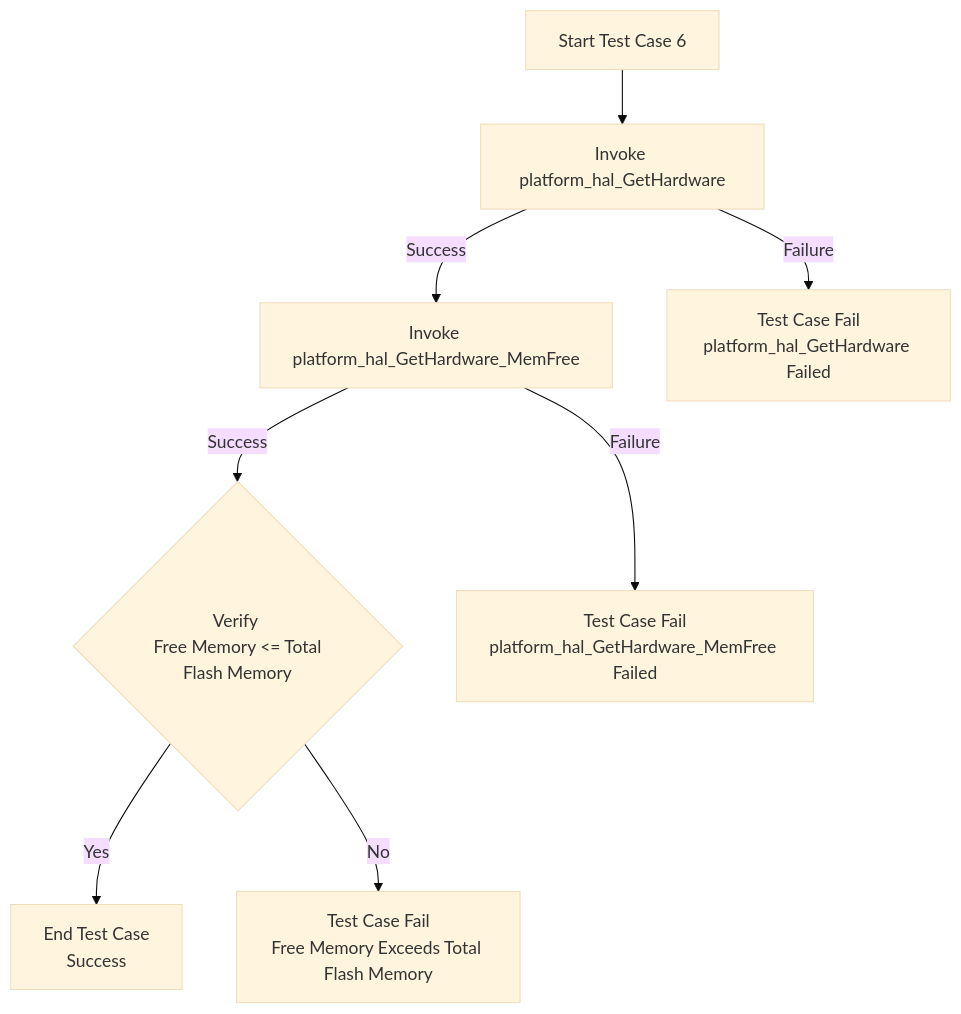
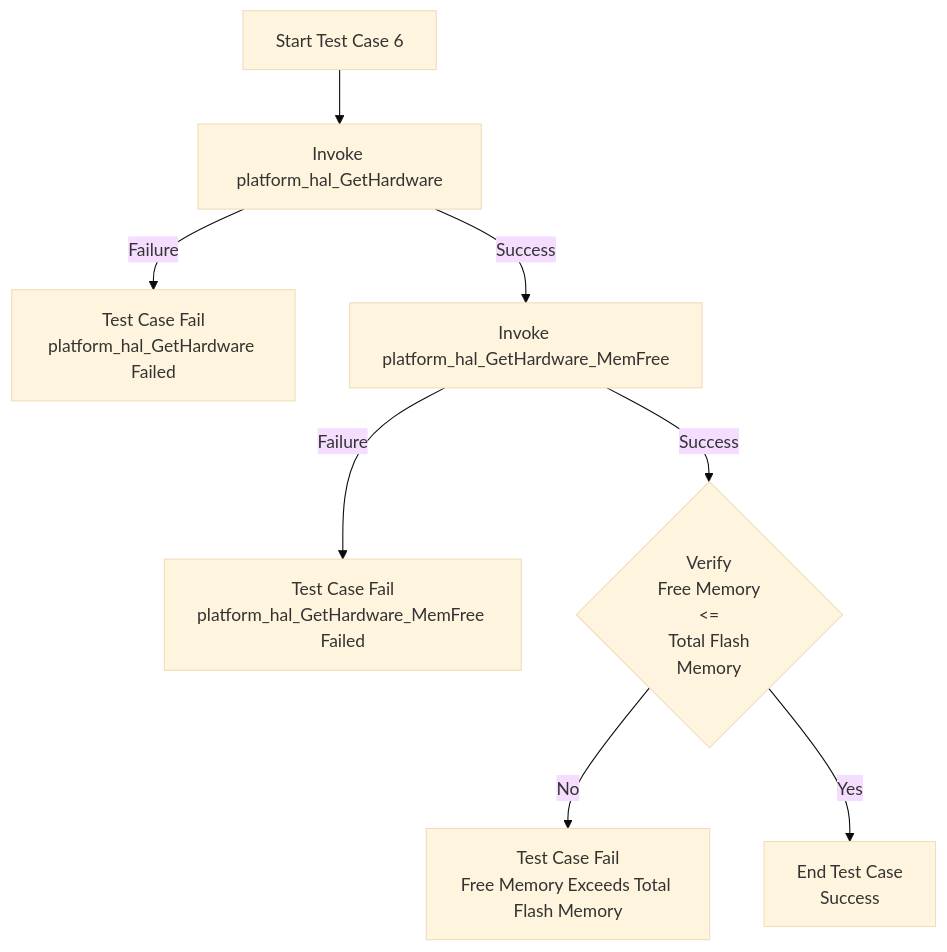
Before and after one commit to rdkcentral/rdkb-halif-test-platform: the sixth of 14 diagrams in docs/pages/platform_hal_mermaid.md, drawn with Mermaid (base theme). The commit also changed other lines of this file, not shown here.

Commit message:
Develop platform hal L2 test suite Modified the mermaid file for L2 testcases

````diff
--- a/docs/pages/platform_hal_mermaid.md
+++ b/docs/pages/platform_hal_mermaid.md
@@ -80,10 +80,10 @@
 ```mermaid
 flowchart TD
     A[Start Test Case 6] --> B[Invoke platform_hal_GetHardware]
+    B -->|Failure| X[Test Case Fail<br>platform_hal_GetHardware Failed]	
     B -->|Success| C[Invoke platform_hal_GetHardware_MemFree]
-    B -->|Failure| X[Test Case Fail<br>platform_hal_GetHardware Failed]
-    C -->|Success| D{Verify <br> Free Memory <= Total Flash Memory}
     C -->|Failure| Y[Test Case Fail<br>platform_hal_GetHardware_MemFree Failed]
+    C -->|Success| D{Verify <br> Free Memory <br> <= <br>Total Flash <br> Memory}
+    D -->|No| F[Test Case Fail<br>Free Memory Exceeds Total Flash Memory]
     D -->|Yes| E[End Test Case<br>Success]
-    D -->|No| F[Test Case Fail<br>Free Memory Exceeds Total Flash Memory]
 ```
````
